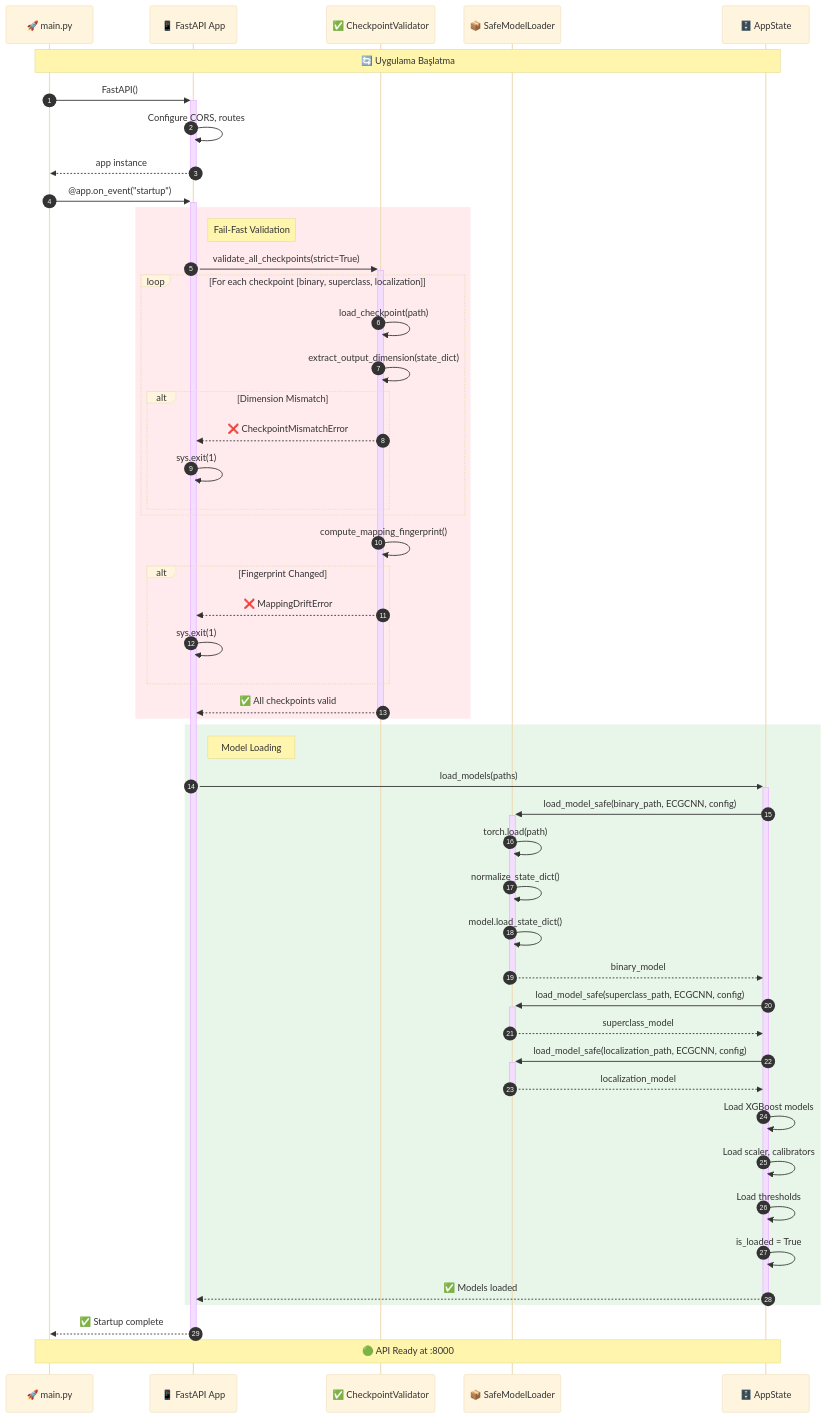
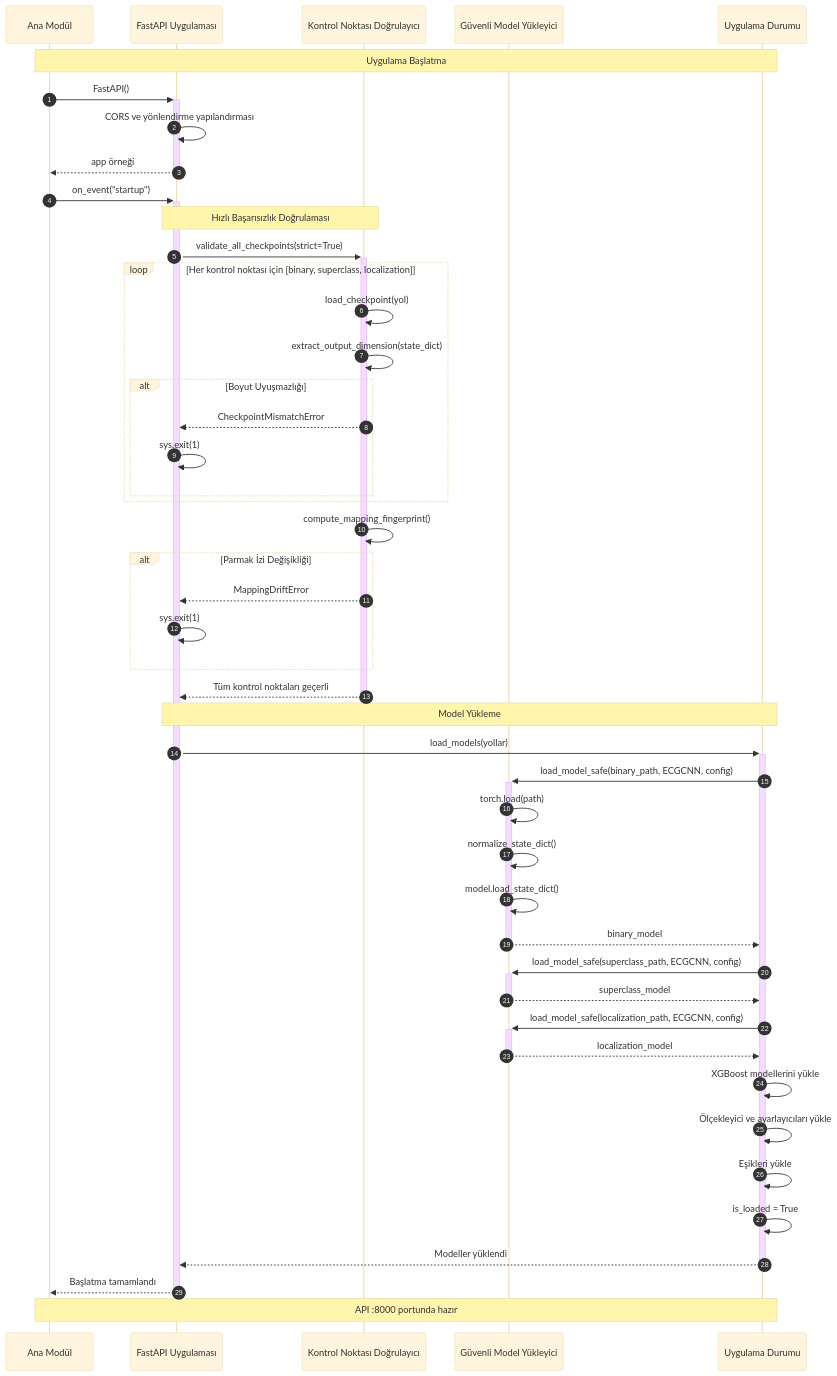
Before and after one commit to mUsaulug/CardioGuard-AI: the second of 10 diagrams in docs/diagrams/06_sequence_diagram.md, drawn with Mermaid (base theme). The commit also changed other lines of this file and 5 other files, not shown here.

````diff
--- a/docs/diagrams/06_sequence_diagram.md
+++ b/docs/diagrams/06_sequence_diagram.md
@@ -166,69 +160,67 @@
 ```mermaid
 sequenceDiagram
     autonumber
     
-    participant Main as 🚀 main.py
-    participant App as 📱 FastAPI App
-    participant Validator as ✅ CheckpointValidator
-    participant Loader as 📦 SafeModelLoader
-    participant State as 🗄️ AppState
+    participant Main as Ana Modül
+    participant App as FastAPI Uygulaması
+    participant Validator as Kontrol Noktası Doğrulayıcı
+    participant Loader as Güvenli Model Yükleyici
+    participant State as Uygulama Durumu
     
-    Note over Main, State: 🔄 Uygulama Başlatma
+    Note over Main, State: Uygulama Başlatma
     
     Main->>+App: FastAPI()
-    App->>App: Configure CORS, routes
-    App-->>-Main: app instance
+    App->>App: CORS ve yönlendirme yapılandırması
+    App-->>-Main: app örneği
     
-    Main->>+App: @app.on_event("startup")
+    Main->>+App: on_event("startup")
     
-    rect rgb(255, 235, 238)
-        Note right of App: Fail-Fast Validation
-        App->>+Validator: validate_all_checkpoints(strict=True)
+    Note over App, Validator: Hızlı Başarısızlık Doğrulaması
+    
+    App->>+Validator: validate_all_checkpoints(strict=True)
+    
+    loop Her kontrol noktası için [binary, superclass, localization]
+        Validator->>Validator: load_checkpoint(yol)
+        Validator->>Validator: extract_output_dimension(state_dict)
         
-        loop For each checkpoint [binary, superclass, localization]
-            Validator->>Validator: load_checkpoint(path)
-            Validator->>Validator: extract_output_dimension(state_dict)
-            
-            alt Dimension Mismatch
-                Validator-->>App: ❌ CheckpointMismatchError
-                App->>App: sys.exit(1)
-            end
-        end
-        
-        Validator->>Validator: compute_mapping_fingerprint()
-        alt Fingerprint Changed
-            Validator-->>App: ❌ MappingDriftError
+        alt Boyut Uyuşmazlığı
+            Validator-->>App: CheckpointMismatchError
             App->>App: sys.exit(1)
         end
-        
-        Validator-->>-App: ✅ All checkpoints valid
     end
     
-    rect rgb(232, 245, 233)
-        Note right of App: Model Loading
-        App->>+State: load_models(paths)
-        
-        State->>+Loader: load_model_safe(binary_path, ECGCNN, config)
-        Loader->>Loader: torch.load(path)
-        Loader->>Loader: normalize_state_dict()
-        Loader->>Loader: model.load_state_dict()
-        Loader-->>-State: binary_model
-        
-        State->>+Loader: load_model_safe(superclass_path, ECGCNN, config)
-        Loader-->>-State: superclass_model
-        
-        State->>+Loader: load_model_safe(localization_path, ECGCNN, config)
-        Loader-->>-State: localization_model
-        
-        State->>State: Load XGBoost models
-        State->>State: Load scaler, calibrators
-        State->>State: Load thresholds
-        
-        State->>State: is_loaded = True
-        State-->>-App: ✅ Models loaded
+    Validator->>Validator: compute_mapping_fingerprint()
+    alt Parmak İzi Değişikliği
+        Validator-->>App: MappingDriftError
+        App->>App: sys.exit(1)
     end
     
-    App-->>-Main: ✅ Startup complete
+    Validator-->>-App: Tüm kontrol noktaları geçerli
     
-    Note over Main, State: 🟢 API Ready at :8000
+    Note over App, State: Model Yükleme
+    
+    App->>+State: load_models(yollar)
+    
+    State->>+Loader: load_model_safe(binary_path, ECGCNN, config)
+    Loader->>Loader: torch.load(path)
+    Loader->>Loader: normalize_state_dict()
+    Loader->>Loader: model.load_state_dict()
+    Loader-->>-State: binary_model
+    
+    State->>+Loader: load_model_safe(superclass_path, ECGCNN, config)
+    Loader-->>-State: superclass_model
+    
+    State->>+Loader: load_model_safe(localization_path, ECGCNN, config)
+    Loader-->>-State: localization_model
+    
+    State->>State: XGBoost modellerini yükle
+    State->>State: Ölçekleyici ve ayarlayıcıları yükle
+    State->>State: Eşikleri yükle
+    
+    State->>State: is_loaded = True
+    State-->>-App: Modeller yüklendi
+    
+    App-->>-Main: Başlatma tamamlandı
+    
+    Note over Main, State: API :8000 portunda hazır
 ```
````
